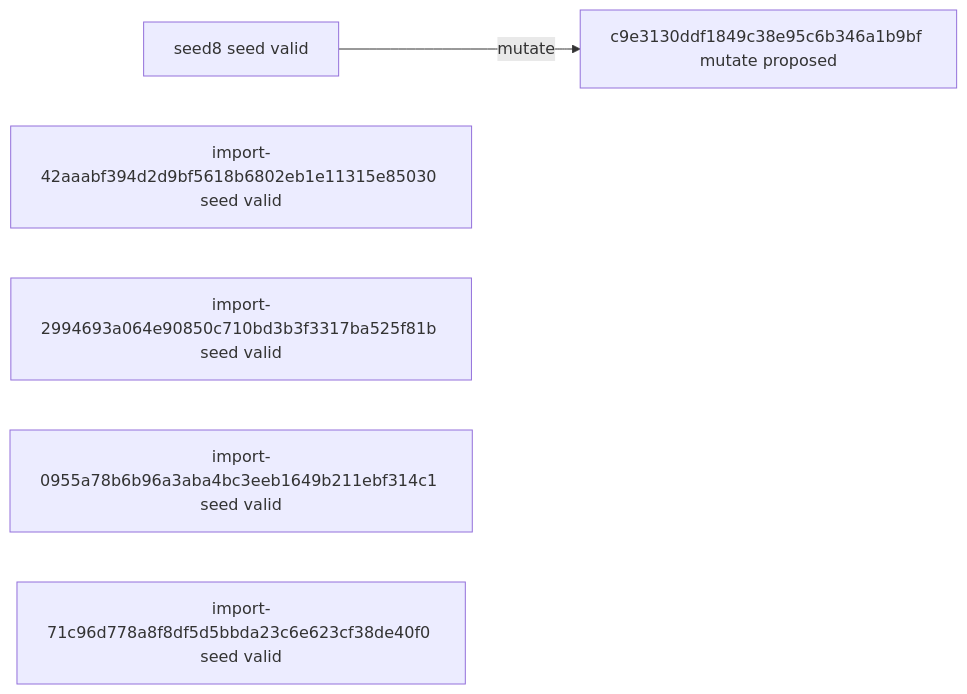
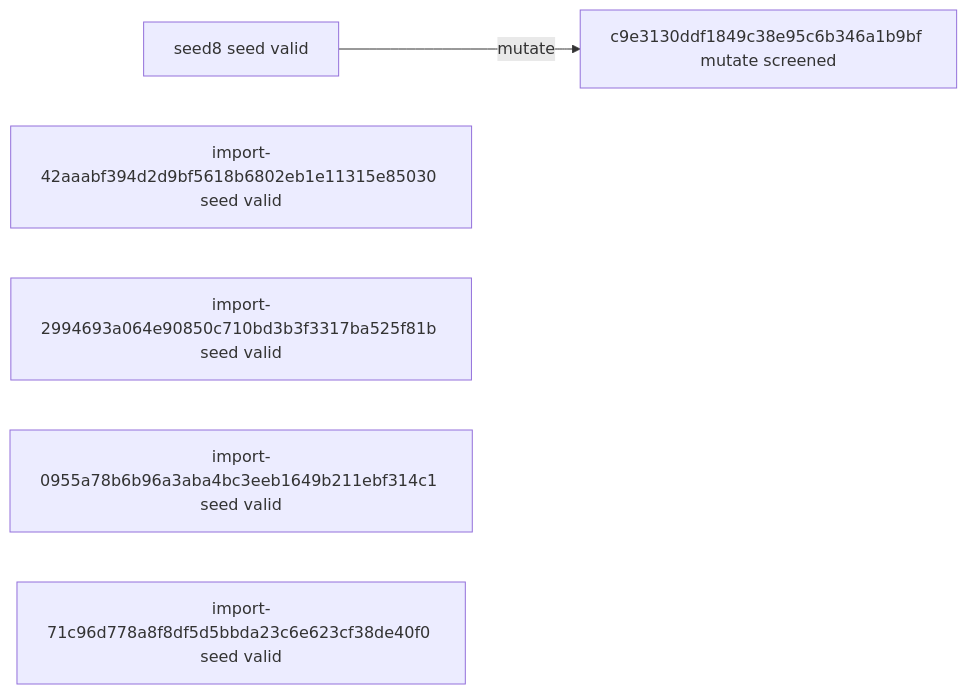
The diagram in experiments/campaigns/smac-pilot-v1/README.md (timbtz/feyer-search-lab), drawn with Mermaid before and after one commit. The commit also changed other lines of this file and 7 other files, not shown here.

````diff
--- a/experiments/campaigns/smac-pilot-v1/README.md
+++ b/experiments/campaigns/smac-pilot-v1/README.md
@@ -21,10 +21,10 @@
 ```mermaid
 graph LR
   n0["seed8 seed valid"]
   n1["import-42aaabf394d2d9bf5618b6802eb1e11315e85030 seed valid"]
   n2["import-2994693a064e90850c710bd3b3f3317ba525f81b seed valid"]
   n3["import-0955a78b6b96a3aba4bc3eeb1649b211ebf314c1 seed valid"]
   n4["import-71c96d778a8f8df5d5bbda23c6e623cf38de40f0 seed valid"]
-  n5["c9e3130ddf1849c38e95c6b346a1b9bf mutate proposed"]
+  n5["c9e3130ddf1849c38e95c6b346a1b9bf mutate screened"]
   n0 -->|mutate| n5
 ```
````
